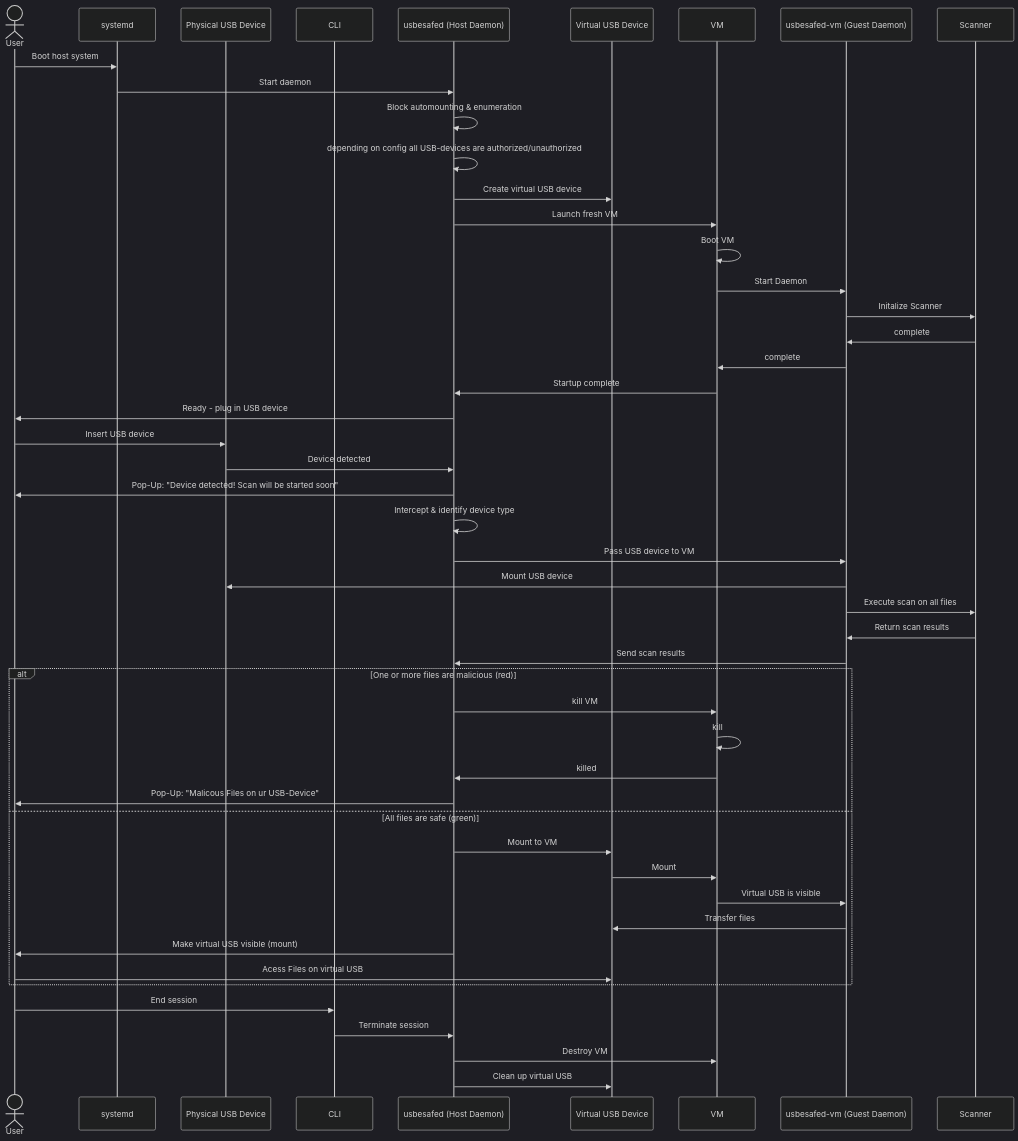
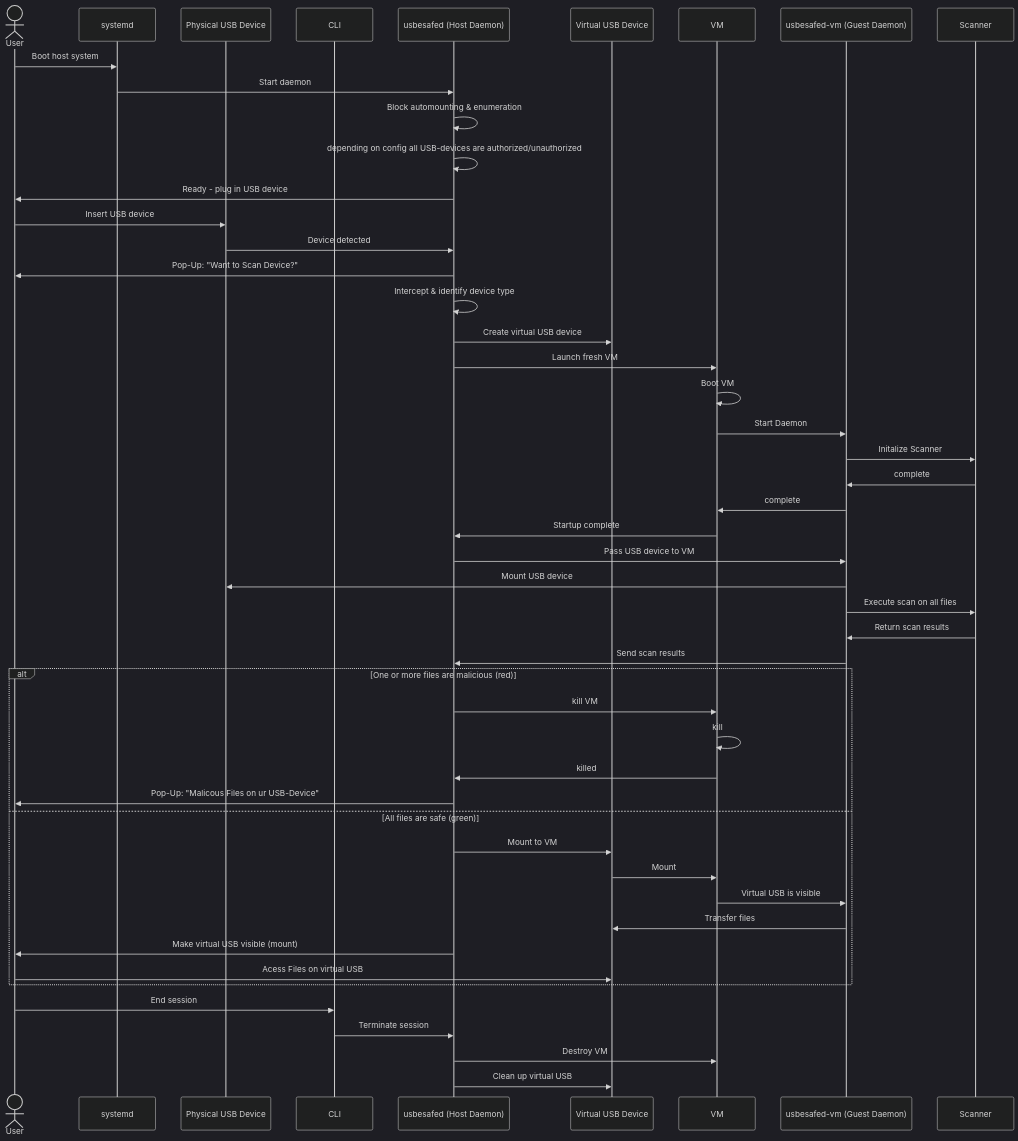
Before and after one commit to Katric/USBeSafe: the first of 2 diagrams in docs/Requirements_Specification.md, drawn with Mermaid (dark theme). The commit also changed other lines of this file, not shown here.

Commit message:
docs: update Workflow

````diff
--- a/docs/Requirements_Specification.md
+++ b/docs/Requirements_Specification.md
@@ -27,55 +27,55 @@
 ```mermaid
 sequenceDiagram
     actor User
     participant systemd
     participant PhysicalUSB as Physical USB Device
     participant CLI
     participant usbesafed as usbesafed (Host Daemon)
     participant vUSB as Virtual USB Device
     participant VM
     participant usbesafed-vm as usbesafed-vm (Guest Daemon)
     participant Scanner
 
     User ->>systemd: Boot host system
     systemd ->> usbesafed: Start daemon
     usbesafed->>usbesafed: Block automounting & enumeration
     usbesafed->>usbesafed: depending on config all USB-devices are authorized/unauthorized
+    usbesafed->>User: Ready - plug in USB device
+    
+    User->>PhysicalUSB: Insert USB device
+    PhysicalUSB->>usbesafed: Device detected
+    usbesafed->>User: Pop-Up: "Want to Scan Device?"
+    usbesafed->>usbesafed: Intercept & identify device type
     usbesafed->>vUSB: Create virtual USB device
     usbesafed->>VM: Launch fresh VM
     VM->>VM: Boot VM
     VM->>usbesafed-vm: Start Daemon
     usbesafed-vm->>Scanner: Initalize Scanner
     Scanner->>usbesafed-vm: complete
     usbesafed-vm->>VM: complete
     VM->>usbesafed: Startup complete
-    usbesafed->>User: Ready - plug in USB device
-    
-    User->>PhysicalUSB: Insert USB device
-    PhysicalUSB->>usbesafed: Device detected
-    usbesafed->>User: Pop-Up: "Device detected! Scan will be started soon"
-    usbesafed->>usbesafed: Intercept & identify device type
     usbesafed->>usbesafed-vm: Pass USB device to VM
     usbesafed-vm->>PhysicalUSB: Mount USB device
     
     usbesafed-vm->>Scanner: Execute scan on all files
     Scanner->>usbesafed-vm: Return scan results
     usbesafed-vm->>usbesafed: Send scan results
         
     alt One or more files are malicious (red)
         usbesafed->>VM: kill VM
         VM->>VM: kill
         VM->>usbesafed: killed
         usbesafed->>User: Pop-Up: "Malicous Files on ur USB-Device"
     else All files are safe (green)
         usbesafed->>vUSB: Mount to VM
         vUSB->>VM: Mount
         VM->>usbesafed-vm: Virtual USB is visible
         usbesafed-vm->>vUSB: Transfer files
         usbesafed->>User: Make virtual USB visible (mount)
         User->>vUSB: Acess Files on virtual USB
     end
     User->>CLI: End session
     CLI->>usbesafed: Terminate session
     usbesafed->>VM: Destroy VM
     usbesafed->>vUSB: Clean up virtual USB
 ```
````
